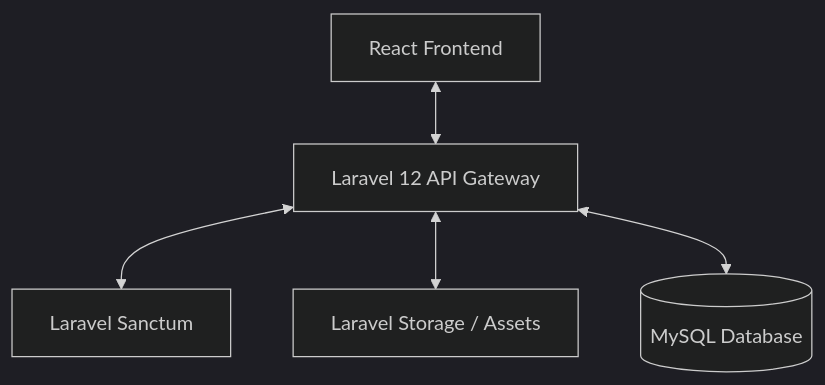
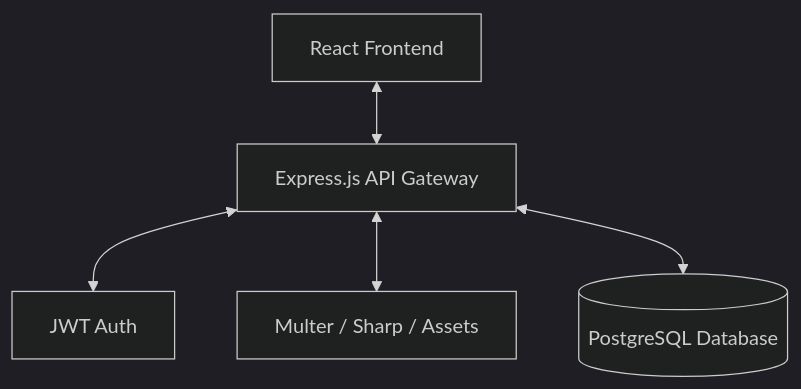
Before and after one commit to bitsy6699/WebDesa: the first of 2 diagrams in docs/product/SRS.md, drawn with Mermaid (dark theme). The commit also changed other lines of this file and 545 other files, not shown here.

First line of the commit message:
migrate: Laravel → Node.js (Express + Prisma), TSX → JSX, experience redesign

````diff
--- a/docs/product/SRS.md
+++ b/docs/product/SRS.md
@@ -49,7 +49,7 @@
 ```mermaid
 graph TD
-    Client[React Frontend] <--> API[Laravel 12 API Gateway]
-    API <--> Auth[Laravel Sanctum]
-    API <--> Storage[Laravel Storage / Assets]
-    API <--> DB[(MySQL Database)]
+    Client[React Frontend] <--> API[Express.js API Gateway]
+    API <--> Auth[JWT Auth]
+    API <--> Storage[Multer / Sharp / Assets]
+    API <--> DB[(PostgreSQL Database)]
 ```
````
